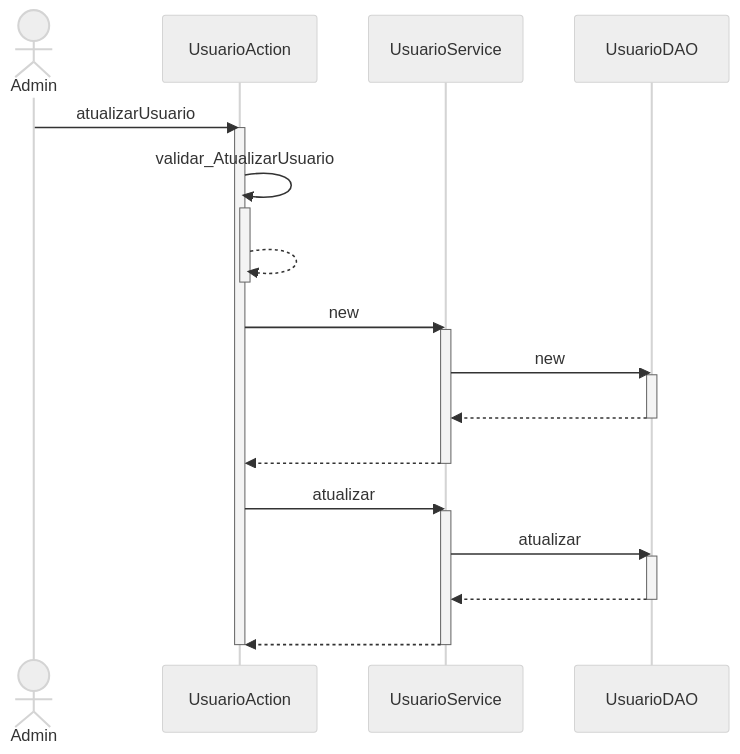
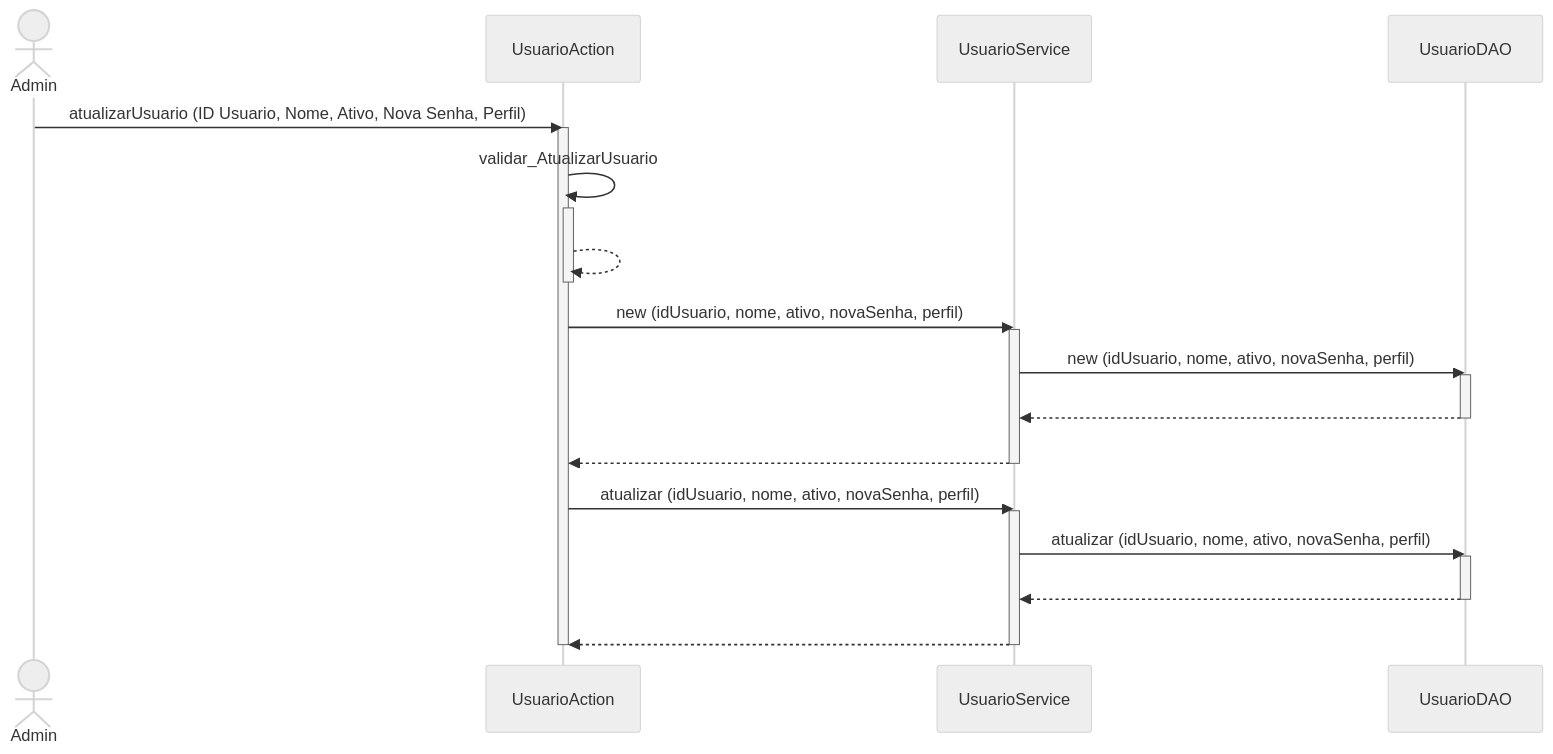
Before and after one commit to branqsMRP/SequenceDiagram: the diagram in DiagramaSequencia/Novo Diagrama Sequencia/Usuario/Atualizar Usuario.mmd, drawn with Mermaid (neutral theme). The commit also changed 1 other file, not shown here.

```diff
--- a/DiagramaSequencia/Novo Diagrama Sequencia/Usuario/Atualizar Usuario.mmd
+++ b/DiagramaSequencia/Novo Diagrama Sequencia/Usuario/Atualizar Usuario.mmd
@@ -1,25 +1,25 @@
 sequenceDiagram
 actor A as Admin
-A ->> UsuarioAction : atualizarUsuario
+A ->> UsuarioAction : atualizarUsuario (ID Usuario, Nome, Ativo, Nova Senha, Perfil)
 activate UsuarioAction
 UsuarioAction ->> UsuarioAction : validar_AtualizarUsuario
 activate UsuarioAction
 UsuarioAction -->> UsuarioAction : #32; 
 deactivate UsuarioAction
-UsuarioAction ->> UsuarioService : new
+UsuarioAction ->> UsuarioService : new (idUsuario, nome, ativo, novaSenha, perfil)
 activate UsuarioService
-UsuarioService ->> UsuarioDAO : new
+UsuarioService ->> UsuarioDAO : new (idUsuario, nome, ativo, novaSenha, perfil)
 activate UsuarioDAO
 UsuarioDAO -->> UsuarioService : #32; 
 deactivate UsuarioDAO
 UsuarioService -->> UsuarioAction : #32; 
 deactivate UsuarioService
-UsuarioAction ->> UsuarioService : atualizar
+UsuarioAction ->> UsuarioService : atualizar (idUsuario, nome, ativo, novaSenha, perfil)
 activate UsuarioService
-UsuarioService ->> UsuarioDAO : atualizar
+UsuarioService ->> UsuarioDAO : atualizar (idUsuario, nome, ativo, novaSenha, perfil)
 activate UsuarioDAO
 UsuarioDAO -->> UsuarioService : #32; 
 deactivate UsuarioDAO
 UsuarioService -->> UsuarioAction : #32; 
 deactivate UsuarioService
 deactivate UsuarioAction
```
